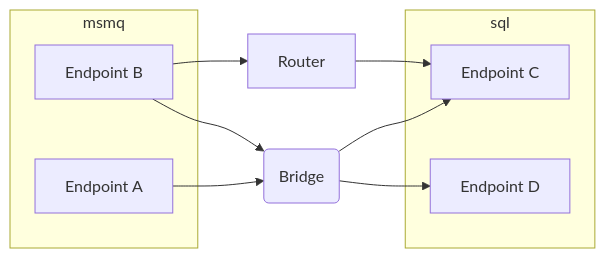
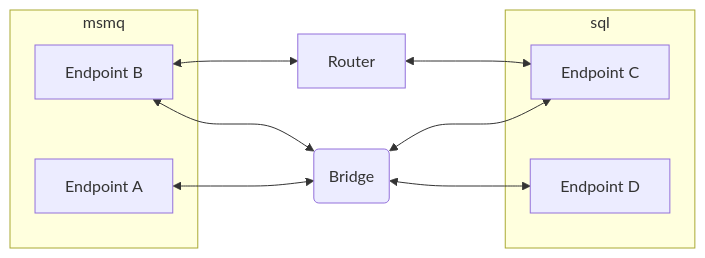
The diagram in nservicebus/bridge/migrating-from-router.md (Particular/docs.particular.net), drawn with Mermaid before and after one commit. The commit also changed 1 other file, not shown here.

Commit message:
Re-add multi-directional arrows

````diff
--- a/nservicebus/bridge/migrating-from-router.md
+++ b/nservicebus/bridge/migrating-from-router.md
@@ -42,18 +42,18 @@
 ```mermaid
-graph LR
+flowchart LR
   Br(Bridge)
-  A[Endpoint A] --> Br
-  B[Endpoint B] --> Br
-  Br --> C[Endpoint C]
-  Br --> D[Endpoint D]
-  Ro[Router] --> C
-  B --> Ro
+  A[Endpoint A] <---> Br
+  B[Endpoint B] <---> Br
+  Br <---> C[Endpoint C]
+  Br <---> D[Endpoint D]
+  Ro[Router] <---> C
+  B <---> Ro
   subgraph msmq
     A
     B
   end
   subgraph sql
     C
     D
   end
 ```
````
